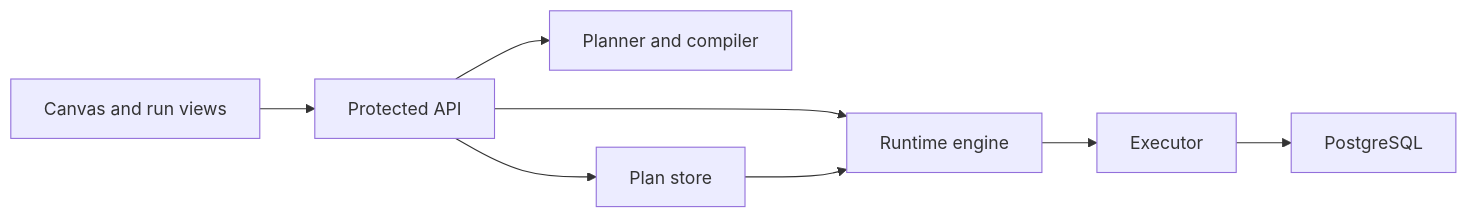
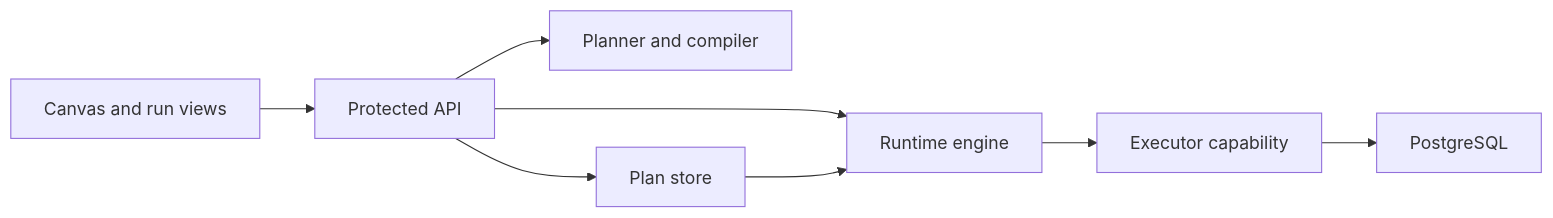
The first of 3 diagrams in docs/planning/proposals/mandatory/runtime-and-contracts/transformation-flow-architecture-and-contracts-20260405.md (dunay2/dvt), drawn with Mermaid before and after one commit. The commit also changed other lines of this file and 5 other files, not shown here.

Commit message:
docs(docs): Clarify transformation executor capability boundary

````diff
--- a/docs/planning/proposals/mandatory/runtime-and-contracts/transformation-flow-architecture-and-contracts-20260405.md
+++ b/docs/planning/proposals/mandatory/runtime-and-contracts/transformation-flow-architecture-and-contracts-20260405.md
@@ -87,10 +88,10 @@
 ```mermaid
 flowchart LR
   UI[Canvas and run views] --> API[Protected API]
   API --> COMP[Planner and compiler]
   API --> STORE[Plan store]
   API --> RT[Runtime engine]
-  RT --> EXEC[Executor]
+  RT --> EXEC[Executor capability]
   EXEC --> PG[PostgreSQL]
   STORE --> RT
 ```
````
